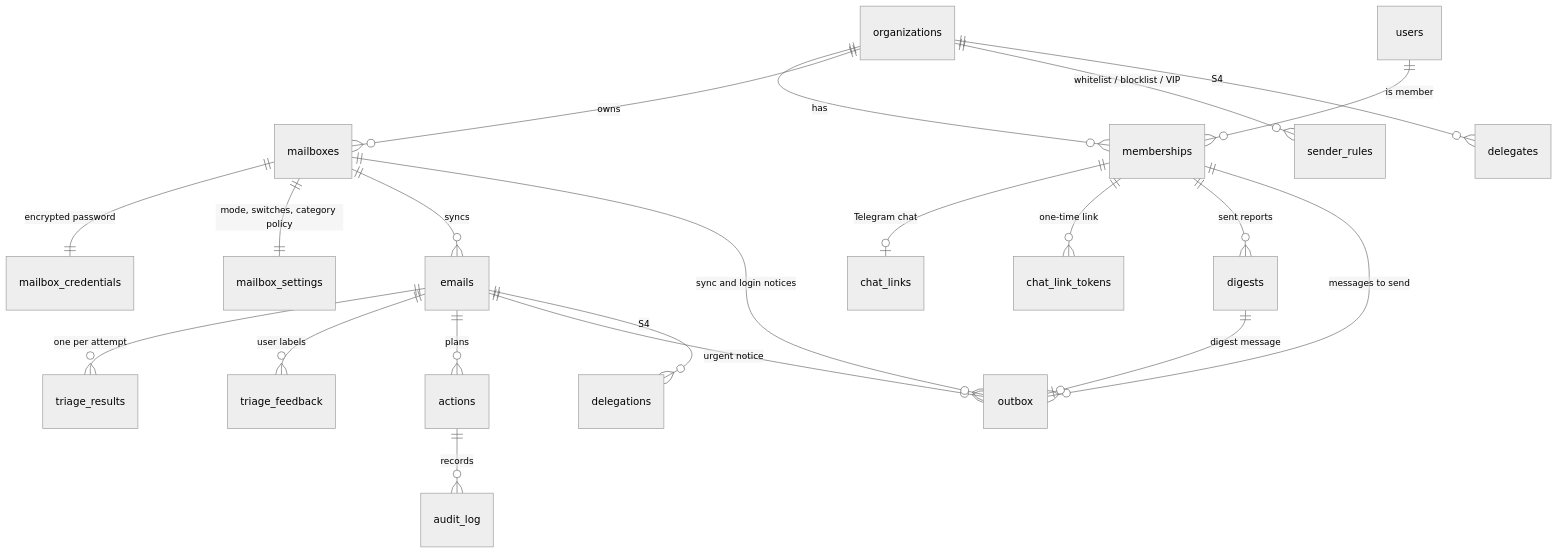
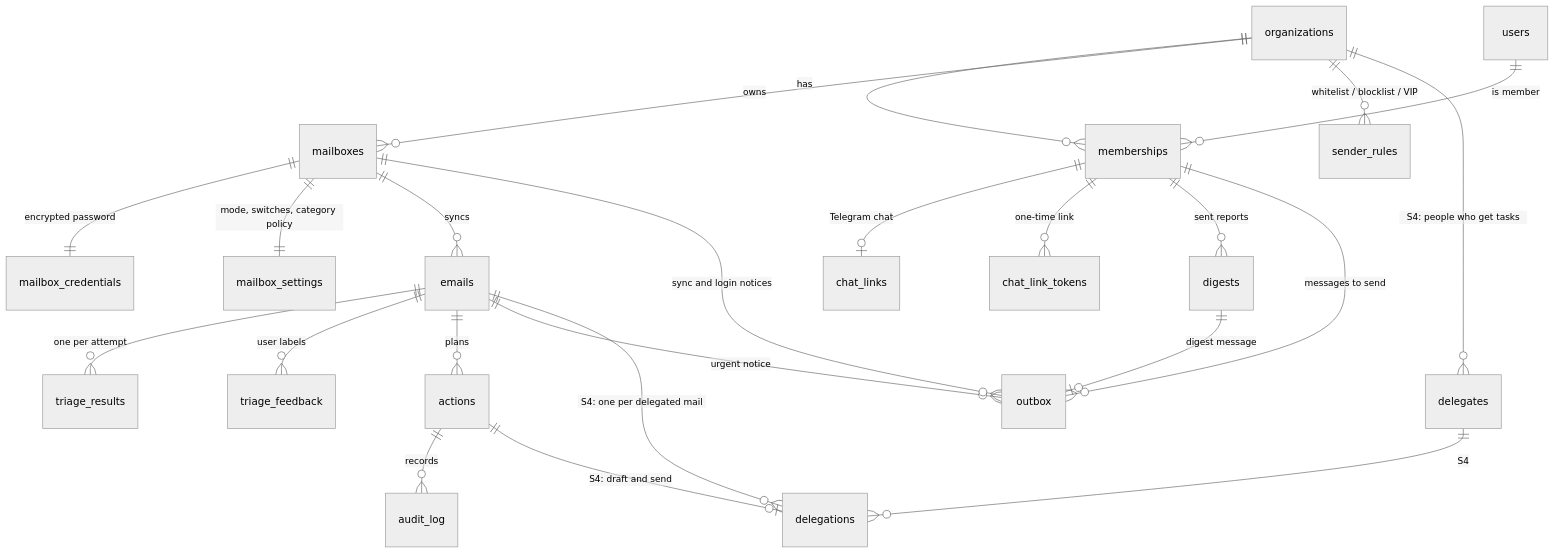
The fourth of 4 diagrams in docs/architecture.md (Artexs/email_assistant), drawn with Mermaid (neutral theme) before and after one commit. The commit also changed other lines of this file and 17 other files, not shown here.

````diff
--- a/docs/architecture.md
+++ b/docs/architecture.md
@@ -335,23 +393,25 @@
 ```mermaid
 erDiagram
     organizations ||--o{ memberships : has
     users ||--o{ memberships : "is member"
     organizations ||--o{ mailboxes : owns
     mailboxes ||--|| mailbox_credentials : "encrypted password"
     mailboxes ||--|| mailbox_settings : "mode, switches, category policy"
     organizations ||--o{ sender_rules : "whitelist / blocklist / VIP"
     mailboxes ||--o{ emails : syncs
     emails ||--o{ triage_results : "one per attempt"
     emails ||--o{ triage_feedback : "user labels"
     emails ||--o{ actions : plans
     actions ||--o{ audit_log : records
     memberships ||--o| chat_links : "Telegram chat"
     memberships ||--o{ chat_link_tokens : "one-time link"
     memberships ||--o{ digests : "sent reports"
     memberships ||--o{ outbox : "messages to send"
     digests ||--o| outbox : "digest message"
     emails ||--o{ outbox : "urgent notice"
     mailboxes ||--o{ outbox : "sync and login notices"
-    organizations ||--o{ delegates : "S4"
-    emails ||--o{ delegations : "S4"
+    organizations ||--o{ delegates : "S4: people who get tasks"
+    emails ||--o{ delegations : "S4: one per delegated mail"
+    delegates ||--o{ delegations : "S4"
+    actions ||--o| delegations : "S4: draft and send"
 ```
````
